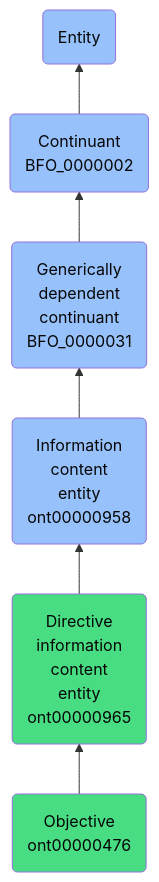
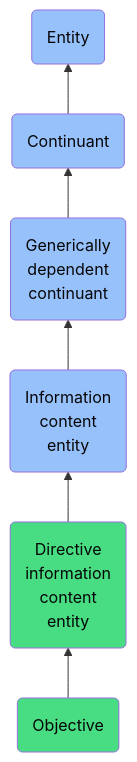
One commit to jupyter-naas/abi changed the diagram in docs/ontology/reference/model/Entity/Continuant/Generically dependent continuant/Information content entity/Directive information content entity/Objective/Objective.md. Above: the diagram before and after it, drawn with Mermaid. The commit also changed other lines of this file and 1430 other files, not shown here.

````diff
--- a/docs/ontology/reference/model/Entity/Continuant/Generically dependent continuant/Information content entity/Directive information content entity/Objective/Objective.md
+++ b/docs/ontology/reference/model/Entity/Continuant/Generically dependent continuant/Information content entity/Directive information content entity/Objective/Objective.md
@@ -24,13 +24,13 @@
 ```mermaid
 graph BT
-    ont00000476(Objective<br>ont00000476):::ABI-->ont00000965
-    ont00000965(Directive<br>information<br>content<br>entity<br>ont00000965):::ABI-->ont00000958
-    ont00000958(Information<br>content<br>entity<br>ont00000958):::BFO-->BFO_0000031
-    BFO_0000031(Generically<br>dependent<br>continuant<br>BFO_0000031):::BFO-->BFO_0000002
-    BFO_0000002(Continuant<br>BFO_0000002):::BFO-->BFO_0000001
+    ont00000476(Objective):::ABI-->ont00000965
+    ont00000965(Directive<br>information<br>content<br>entity):::ABI-->ont00000958
+    ont00000958(Information<br>content<br>entity):::BFO-->BFO_0000031
+    BFO_0000031(Generically<br>dependent<br>continuant):::BFO-->BFO_0000002
+    BFO_0000002(Continuant):::BFO-->BFO_0000001
     BFO_0000001(Entity):::BFO
     
     classDef BFO fill:#97c1fb,color:#060606
     classDef CCO fill:#e4c51e,color:#060606
     classDef ABI fill:#48DD82,color:#060606
 ```
````
